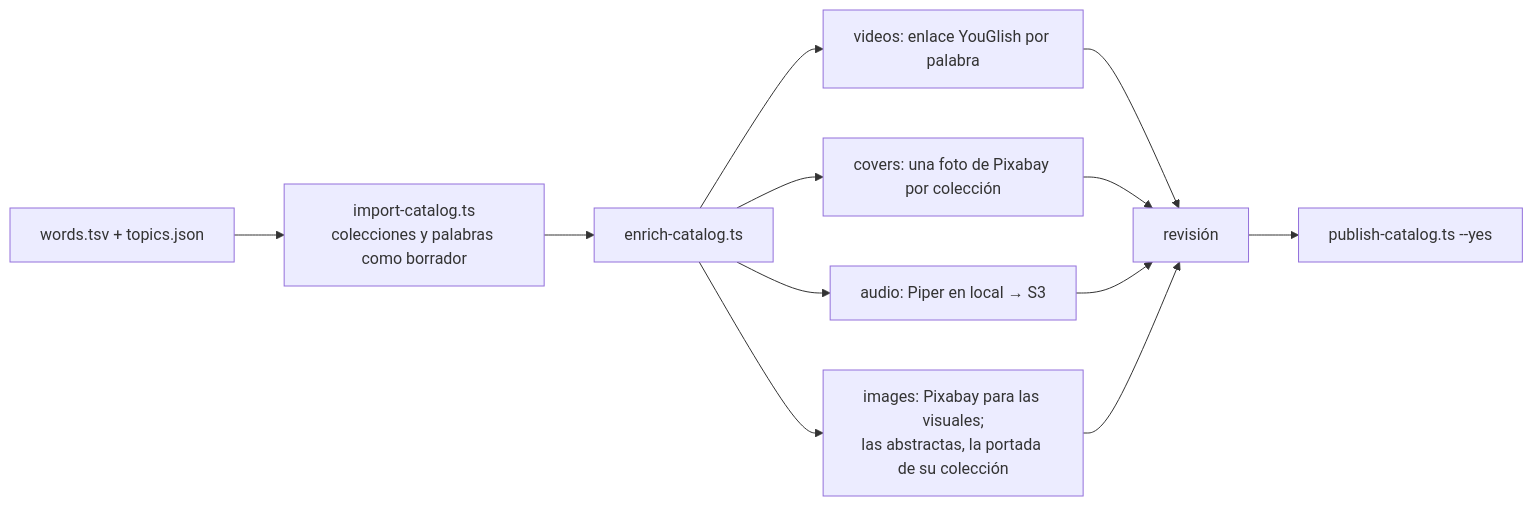
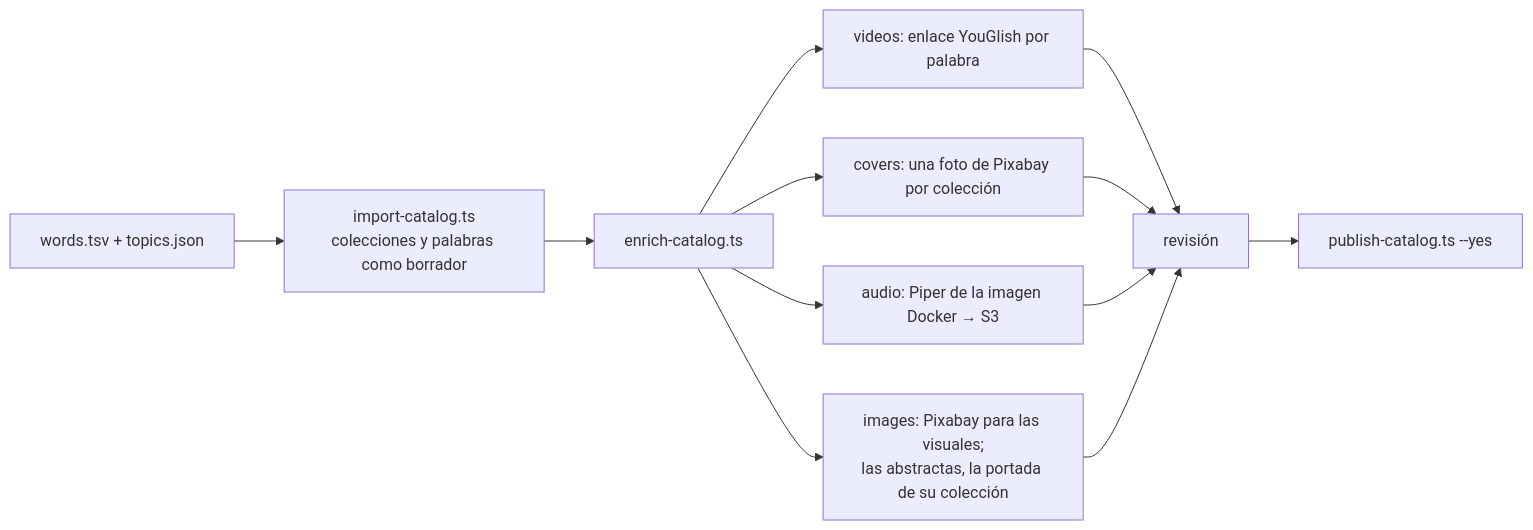
Before and after one commit to dimasjavier0/lexflow-api: the second of 2 diagrams in docs/aws-deployment.md, drawn with Mermaid. The commit also changed other lines of this file and 1 other file, not shown here.

Commit message:
perf: synthesize catalogue audio in batches with the API image's Piper
One Piper per word loaded the voice model every time (0.3 words/s);
batches through the Linux Piper of the API image run at ~9 words/s with
the same voice the Lambda uses.

````diff
--- a/docs/aws-deployment.md
+++ b/docs/aws-deployment.md
@@ -124,11 +124,11 @@
 ```mermaid
 flowchart LR
   tsv["words.tsv + topics.json"] --> imp["import-catalog.ts<br/>colecciones y palabras como borrador"]
   imp --> enr["enrich-catalog.ts"]
   enr --> v["videos: enlace YouGlish por palabra"]
   enr --> c["covers: una foto de Pixabay por colección"]
-  enr --> a["audio: Piper en local → S3"]
+  enr --> a["audio: Piper de la imagen Docker → S3"]
   enr --> i["images: Pixabay para las visuales;<br/>las abstractas, la portada de su colección"]
   v & c & a & i --> rev["revisión"]
   rev --> pub["publish-catalog.ts --yes"]
 ```
````
